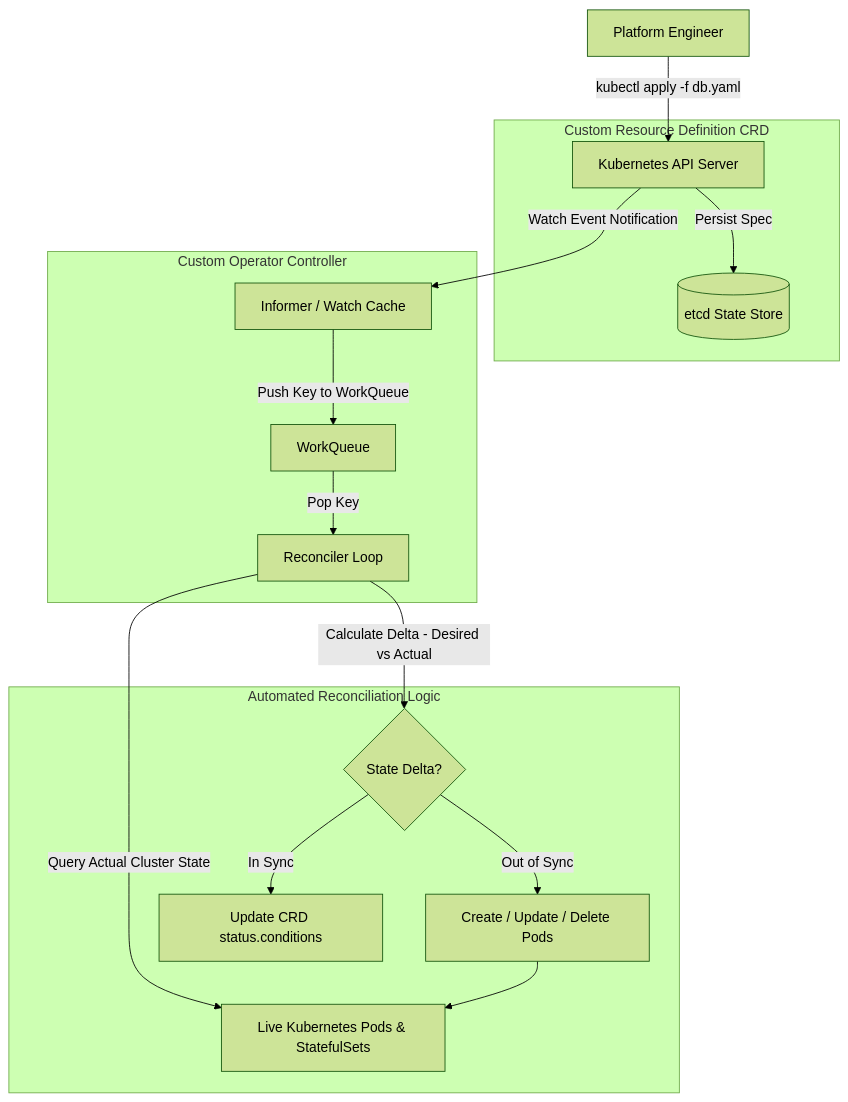
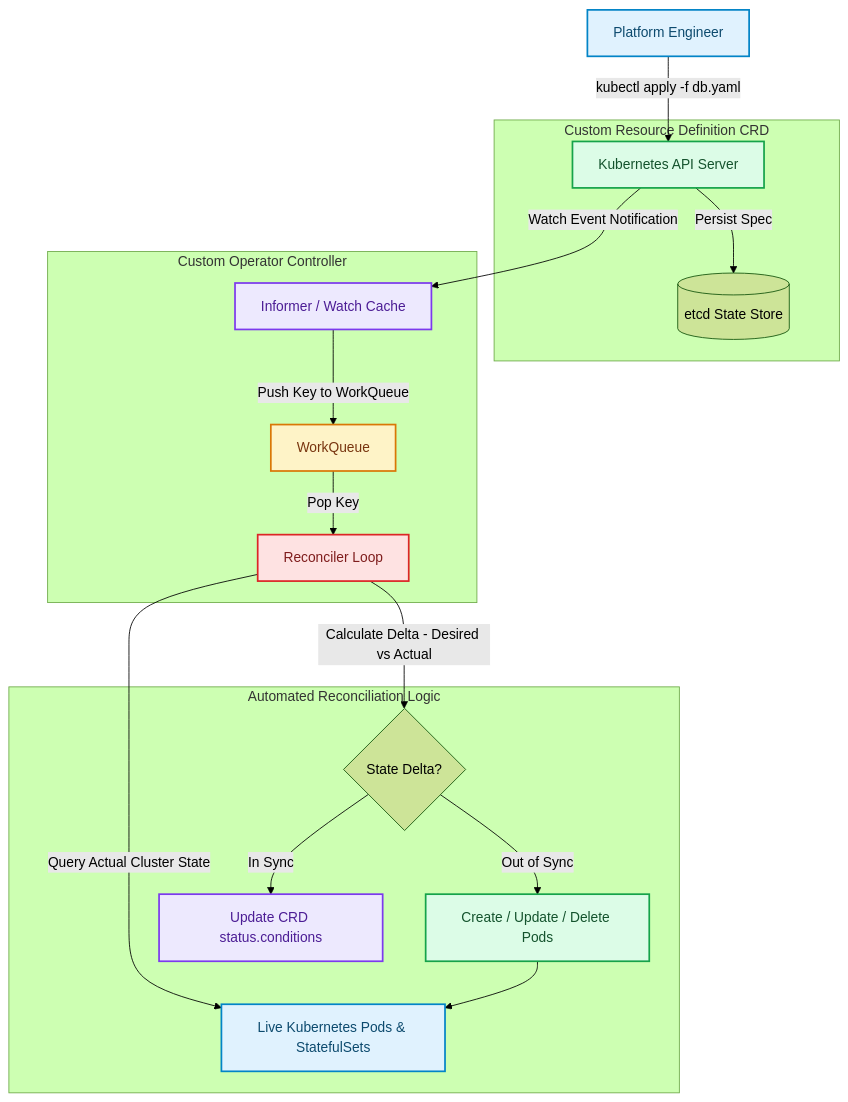
Before and after one commit to akmalkhaniub/akmalkhaniub.github.io: the diagram in blog/posts/writing-kubernetes-operators-crds-reconciler-loops.md, drawn with Mermaid (forest theme). The commit also changed other lines of this file and 1291 other files, not shown here.

First line of the commit message:
feat(catalog): unique covers, scholarly references, and diagram palettes

````diff
--- a/blog/posts/writing-kubernetes-operators-crds-reconciler-loops.md
+++ b/blog/posts/writing-kubernetes-operators-crds-reconciler-loops.md
@@ -19,22 +19,33 @@
 ```mermaid
 flowchart TD
-  User[Platform Engineer] -->|kubectl apply -f db.yaml| API[Kubernetes API Server]
+  User["Platform Engineer"] -->|kubectl apply -f db.yaml| API["Kubernetes API Server"]
   
   subgraph SG1_CustomResourceDefinition ["Custom Resource Definition CRD"]
     API -->|Persist Spec| ETCD[(etcd State Store)]
   end
   
   subgraph SG2_CustomOperatorController ["Custom Operator Controller"]
-    API -->|Watch Event Notification| Informer[Informer / Watch Cache]
-    Informer -->|Push Key to WorkQueue| Queue[WorkQueue]
-    Queue -->|Pop Key| Reconciler[Reconciler Loop]
+    API -->|Watch Event Notification| Informer["Informer / Watch Cache"]
+    Informer -->|Push Key to WorkQueue| Queue["WorkQueue"]
+    Queue -->|Pop Key| Reconciler["Reconciler Loop"]
   end
   
   subgraph SG3_AutomatedReconciliationLogic ["Automated Reconciliation Logic"]
-    Reconciler -->|Query Actual Cluster State| Pods[Live Kubernetes Pods & StatefulSets]
+    Reconciler -->|Query Actual Cluster State| Pods["Live Kubernetes Pods & StatefulSets"]
     Reconciler -->|Calculate Delta - Desired vs Actual| Engine{State Delta?}
-    Engine -->|Out of Sync| Action[Create / Update / Delete Pods]
-    Engine -->|In Sync| Status[Update CRD status.conditions]
+    Engine -->|Out of Sync| Action["Create / Update / Delete Pods"]
+    Engine -->|In Sync| Status["Update CRD status.conditions"]
     Action --> Pods
   end
+
+classDef green fill:#dcfce7,stroke:#16a34a,stroke-width:2px,color:#14532d;
+classDef red fill:#fee2e2,stroke:#dc2626,stroke-width:2px,color:#7f1d1d;
+classDef blue fill:#e0f2fe,stroke:#0284c7,stroke-width:2px,color:#0c4a6e;
+classDef yellow fill:#fef3c7,stroke:#d97706,stroke-width:2px,color:#78350f;
+classDef purple fill:#ede9fe,stroke:#7c3aed,stroke-width:2px,color:#4c1d95;
+class User,Pods blue
+class API,Action green
+class Informer,Status purple
+class Queue yellow
+class Reconciler red
 ```
````
